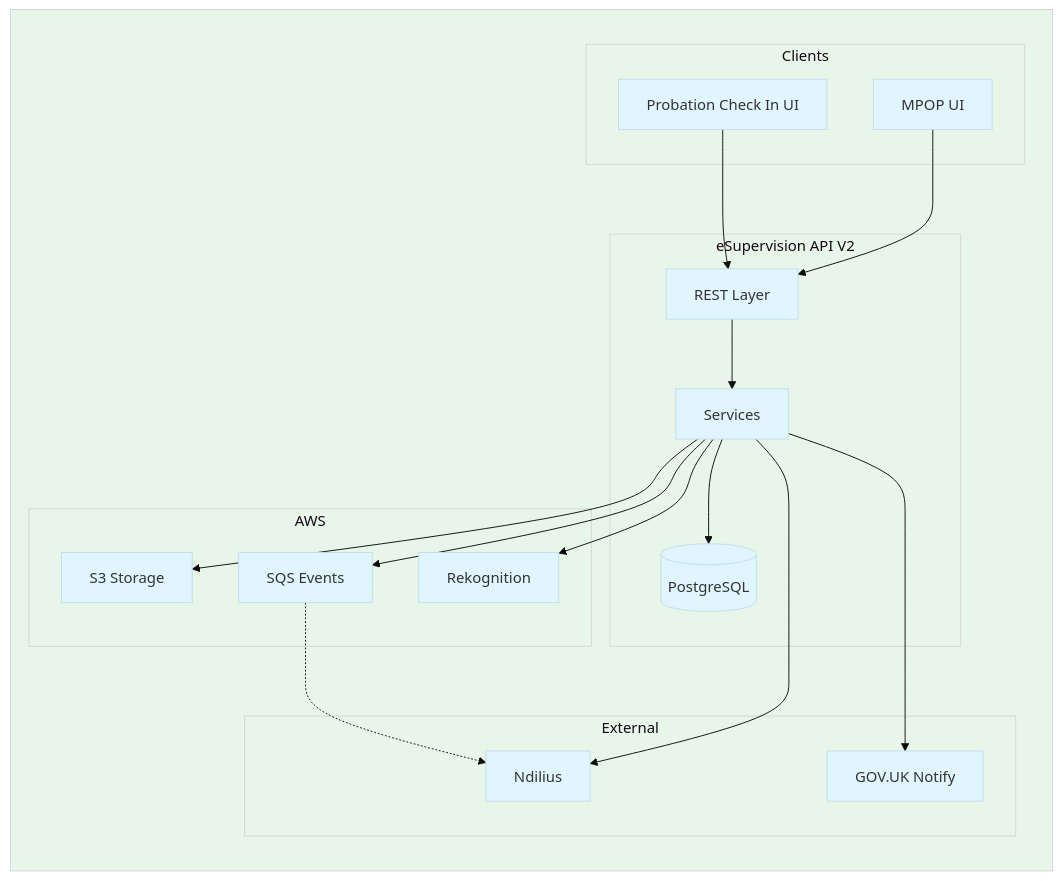
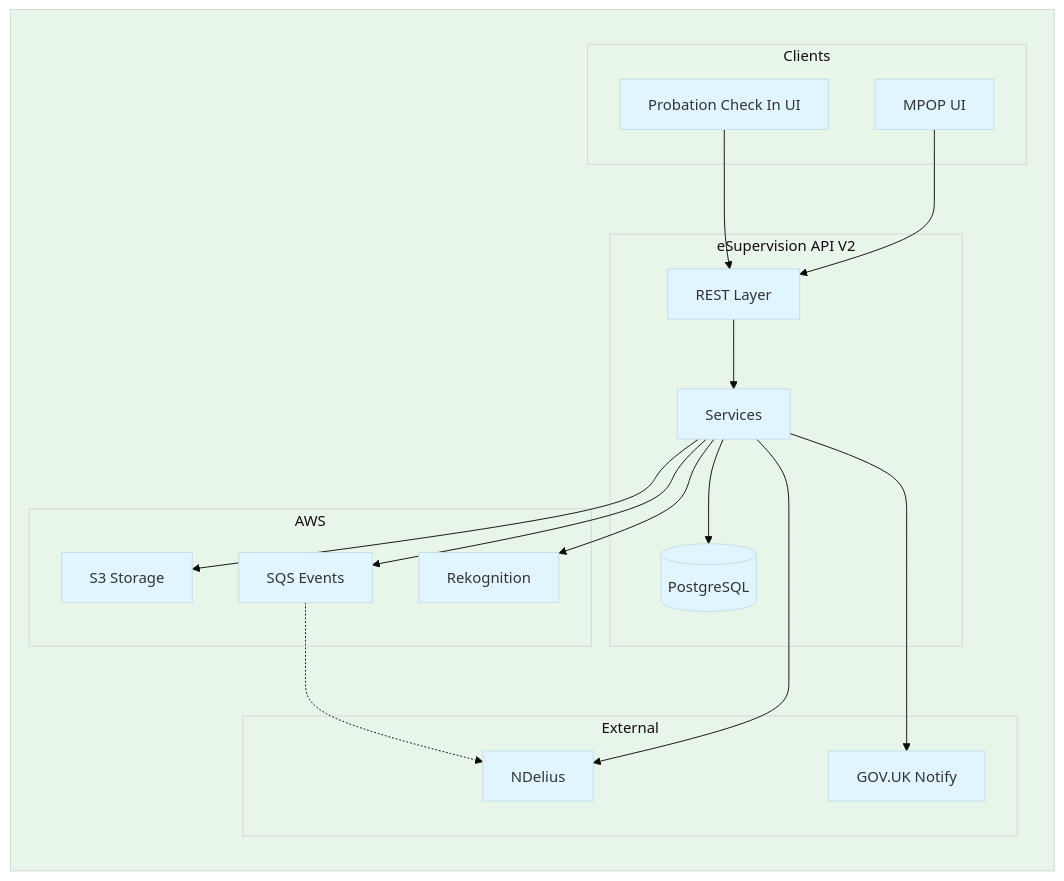
One commit to ministryofjustice/hmpps-esupervision-api changed the first of 2 diagrams in docs/v2/README.md. Above: the diagram before and after it, drawn with Mermaid. The commit also changed other lines of this file and 8 other files, not shown here.

Commit message:
Update ndilius to NDelius in docs

````diff
--- a/docs/v2/README.md
+++ b/docs/v2/README.md
@@ -35,38 +35,38 @@
 ```mermaid
 %%{init: {'theme': 'base', 'themeVariables': { 'background': '#f5f5f5', 'primaryColor': '#e1f5fe', 'secondaryColor': '#fff3e0', 'tertiaryColor': '#e8f5e9'}}}%%
 flowchart LR
     subgraph System[" "]
         subgraph Clients
             UI[MPOP UI]
             APP[Probation Check In UI]
         end
 
         subgraph API[eSupervision API V2]
             REST[REST Layer]
             SVC[Services]
             DB[(PostgreSQL)]
         end
 
         subgraph AWS
             S3[S3 Storage]
             SQS[SQS Events]
             REK[Rekognition]
         end
 
         subgraph External
-            NDL[Ndilius]
+            NDL[NDelius]
             GOV[GOV.UK Notify]
         end
     end
 
     UI --> REST
     APP --> REST
     REST --> SVC
     SVC --> DB
     SVC --> S3
     SVC --> SQS
     SVC --> REK
     SVC --> NDL
     SVC --> GOV
     SQS -.-> NDL
 ```
````
